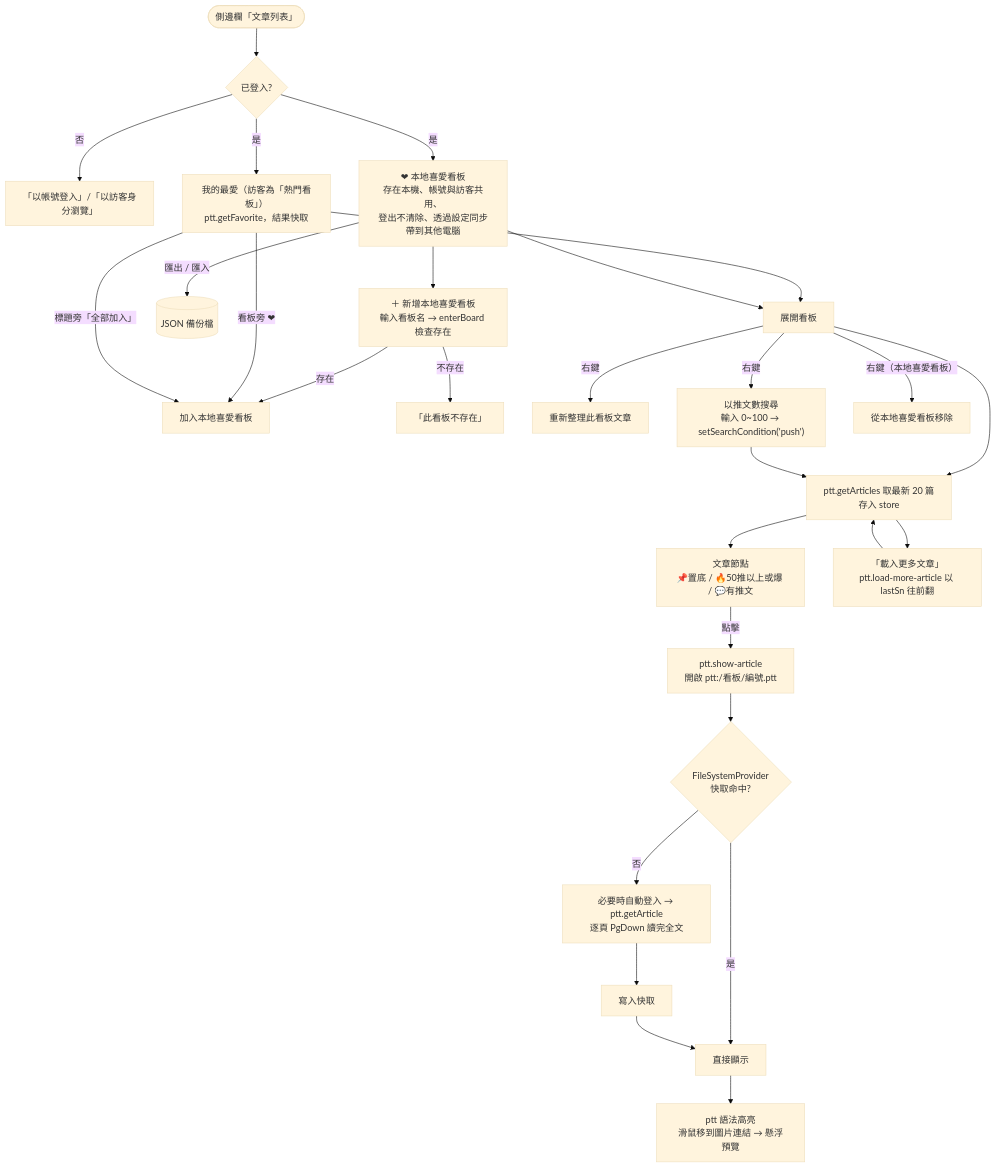
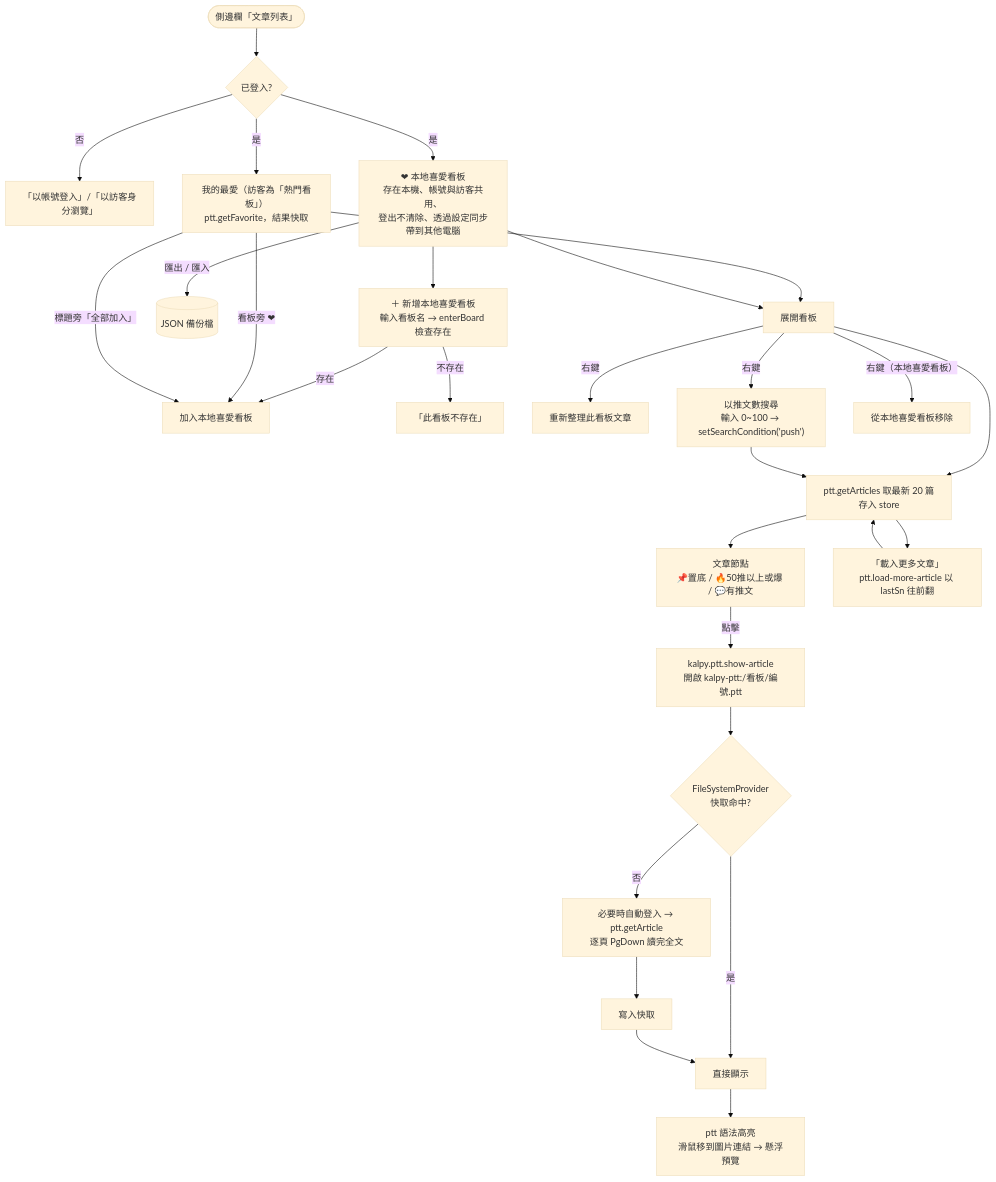
One commit to kalpy-HI/vscode-ptt changed the third of 4 diagrams in docs/ARCHITECTURE.md. Above: the diagram before and after it, drawn with Mermaid (base theme). The commit also changed other lines of this file and 12 other files, not shown here.

````diff
--- a/docs/ARCHITECTURE.md
+++ b/docs/ARCHITECTURE.md
@@ -75,30 +75,30 @@
 ```mermaid
 flowchart TD
   A([側邊欄「文章列表」]) --> B{已登入?}
   B -- 否 --> L[「以帳號登入」/「以訪客身分瀏覽」]
   B -- 是 --> D[❤ 本地喜愛看板<br/>存在本機、帳號與訪客共用、<br/>登出不清除、透過設定同步帶到其他電腦]
   B -- 是 --> C[我的最愛（訪客為「熱門看板」）<br/>ptt.getFavorite，結果快取]
 
   D --> D1["＋ 新增本地喜愛看板<br/>輸入看板名 → enterBoard 檢查存在"]
   D1 -- 存在 --> D2[加入本地喜愛看板]
   D1 -- 不存在 --> D3[「此看板不存在」]
   C -- 看板旁 ❤ --> D2
   C -- 標題旁「全部加入」--> D2
   D -- 匯出 / 匯入 --> D4[(JSON 備份檔)]
 
   C & D --> E[展開看板]
   E --> F[ptt.getArticles 取最新 20 篇<br/>存入 store]
   F --> G[文章節點<br/>📌置底 / 🔥50推以上或爆 / 💬有推文]
   F --> H[「載入更多文章」<br/>ptt.load-more-article 以 lastSn 往前翻]
   H --> F
 
-  G -- 點擊 --> I["ptt.show-article<br/>開啟 ptt:/看板/編號.ptt"]
+  G -- 點擊 --> I["kalpy.ptt.show-article<br/>開啟 kalpy-ptt:/看板/編號.ptt"]
   I --> J{FileSystemProvider<br/>快取命中?}
   J -- 是 --> K[直接顯示]
   J -- 否 --> J1[必要時自動登入 → ptt.getArticle<br/>逐頁 PgDown 讀完全文] --> J2[寫入快取] --> K
   K --> K1[ptt 語法高亮<br/>滑鼠移到圖片連結 → 懸浮預覽]
 
   E -- 右鍵 --> R1[重新整理此看板文章]
   E -- 右鍵 --> R2["以推文數搜尋<br/>輸入 0~100 → setSearchCondition('push')"] --> F
   E -- 右鍵（本地喜愛看板）--> R3[從本地喜愛看板移除]
 ```
````
